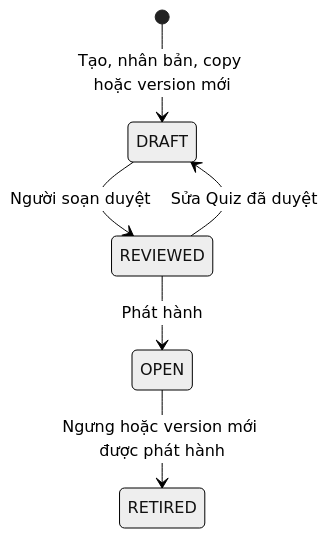
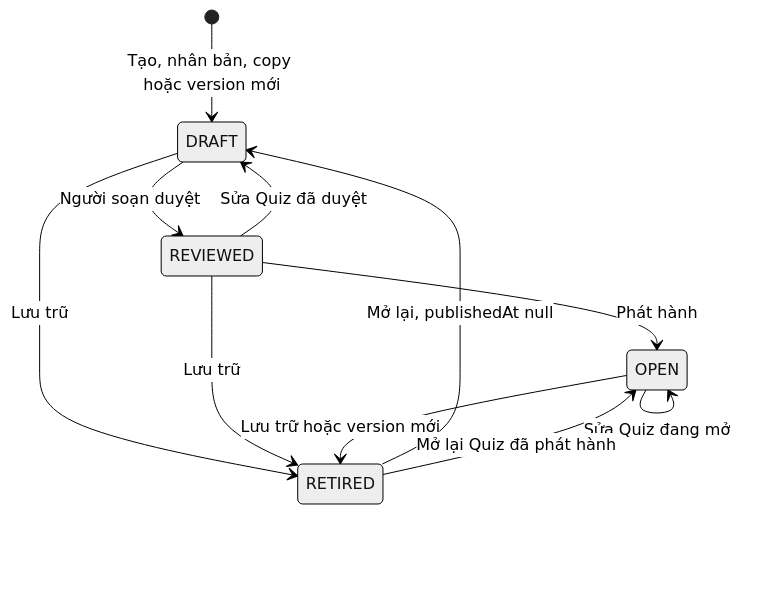
Before and after one commit to hygef-v4/AI-Powered-Learning-Platform: the second of 2 diagrams in aidlc-docs/construction/u10-quiz-authoring/functional-design/domain-entities.md, drawn with Mermaid (neutral theme). The commit also changed other lines of this file and 261 other files, not shown here.

````diff
--- a/aidlc-docs/construction/u10-quiz-authoring/functional-design/domain-entities.md
+++ b/aidlc-docs/construction/u10-quiz-authoring/functional-design/domain-entities.md
@@ -61,8 +64,13 @@
 ```mermaid
 stateDiagram-v2
     [*] --> DRAFT: Tạo, nhân bản, copy hoặc version mới
     DRAFT --> REVIEWED: Người soạn duyệt
     REVIEWED --> DRAFT: Sửa Quiz đã duyệt
     REVIEWED --> OPEN: Phát hành
-    OPEN --> RETIRED: Ngưng hoặc version mới được phát hành
+    OPEN --> OPEN: Sửa Quiz đang mở
+    DRAFT --> RETIRED: Lưu trữ
+    REVIEWED --> RETIRED: Lưu trữ
+    OPEN --> RETIRED: Lưu trữ hoặc version mới
+    RETIRED --> DRAFT: Mở lại, publishedAt null
+    RETIRED --> OPEN: Mở lại Quiz đã phát hành
 ```
````
